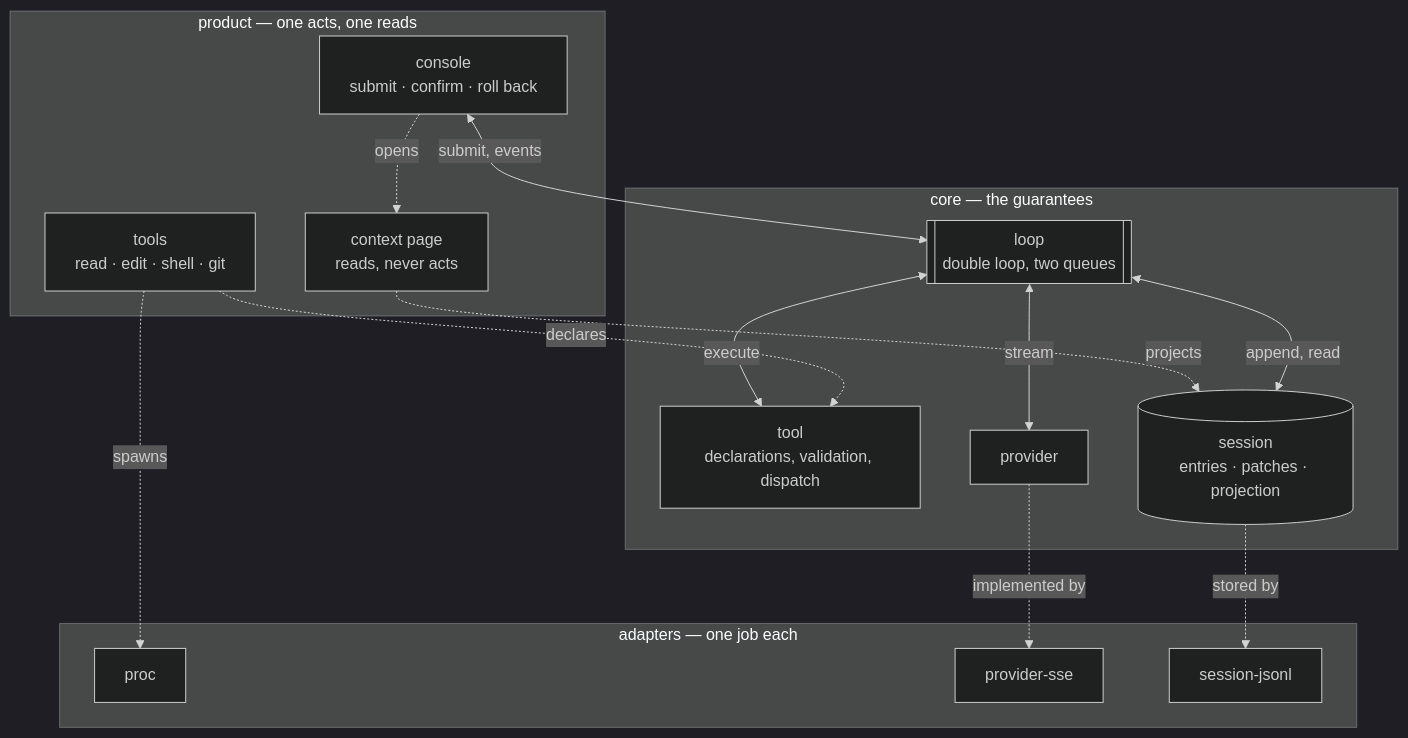
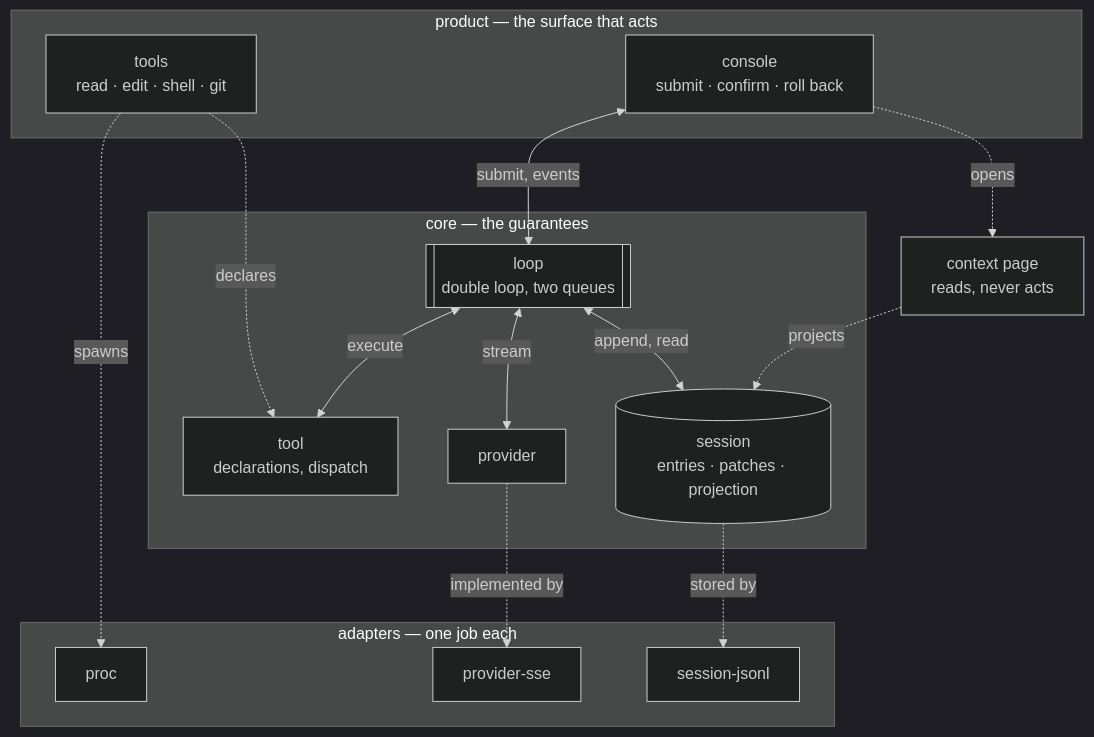
Before and after one commit to OverbearingPearl/pearl: the second of 2 diagrams in README.md, drawn with Mermaid (dark theme). The commit also changed other lines of this file, not shown here.

First line of the commit message:
Keep the page outside every band

````diff
--- a/README.md
+++ b/README.md
@@ -213,29 +214,29 @@
 ```mermaid
 flowchart TB
-  subgraph product["product — one acts, one reads"]
+  subgraph product["product — the surface that acts"]
     tools["tools<br/>read · edit · shell · git"]
     console["console<br/>submit · confirm · roll back"]
-    context["context page<br/>reads, never acts"]
   end
+  context["context page<br/>reads, never acts"]
   subgraph core["core — the guarantees"]
     loop[["loop<br/>double loop, two queues"]]
-    tool["tool<br/>declarations, validation, dispatch"]
+    tool["tool<br/>declarations, dispatch"]
     session[("session<br/>entries · patches · projection")]
     provider["provider"]
   end
   subgraph adapters["adapters — one job each"]
     proc["proc"]
     sse["provider-sse"]
     jsonl["session-jsonl"]
   end
   console <-->|submit, events| loop
   console -.->|opens| context
   context -.->|projects| session
   loop <-->|execute| tool
   tools -.->|declares| tool
   loop <-->|stream| provider
   loop <-->|append, read| session
   provider -.->|implemented by| sse
   session -.->|stored by| jsonl
   tools -.->|spawns| proc
 ```
````
